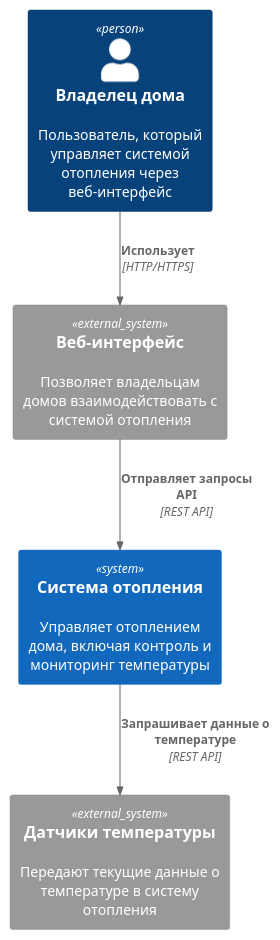
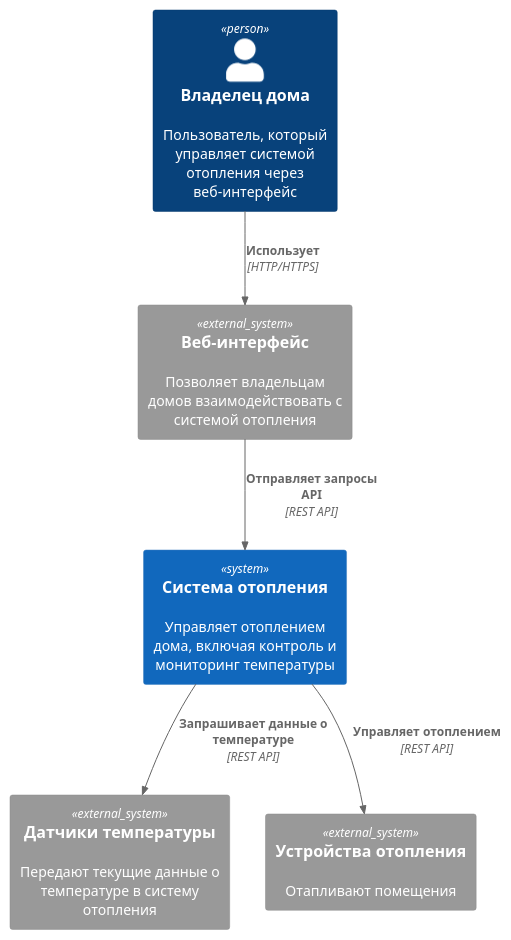
Before and after one commit to Alex009/architecture-sprint-3: the diagram in docs/1-c4-context.puml, drawn with PlantUML. The commit also changed 4 other files, not shown here.

```diff
--- a/docs/1-c4-context.puml
+++ b/docs/1-c4-context.puml
@@ -1,15 +1,17 @@
 @startuml
 !includeurl https://raw.githubusercontent.com/plantuml-stdlib/C4-PlantUML/master/C4_Context.puml
 
 Person(user, "Владелец дома", "Пользователь, который управляет системой отопления через веб-интерфейс")
 
 System(system, "Система отопления", "Управляет отоплением дома, включая контроль и мониторинг температуры")
 
 System_Ext(webui, "Веб-интерфейс", "Позволяет владельцам домов взаимодействовать с системой отопления")
 System_Ext(sensors, "Датчики температуры", "Передают текущие данные о температуре в систему отопления")
+System_Ext(heatingDevices, "Устройства отопления", "Отапливают помещения")
 
 Rel(user, webui, "Использует", "HTTP/HTTPS")
 Rel(webui, system, "Отправляет запросы API", "REST API")
 Rel(system, sensors, "Запрашивает данные о температуре", "REST API")
+Rel(system, heatingDevices, "Управляет отоплением", "REST API")
 
 @enduml
```
